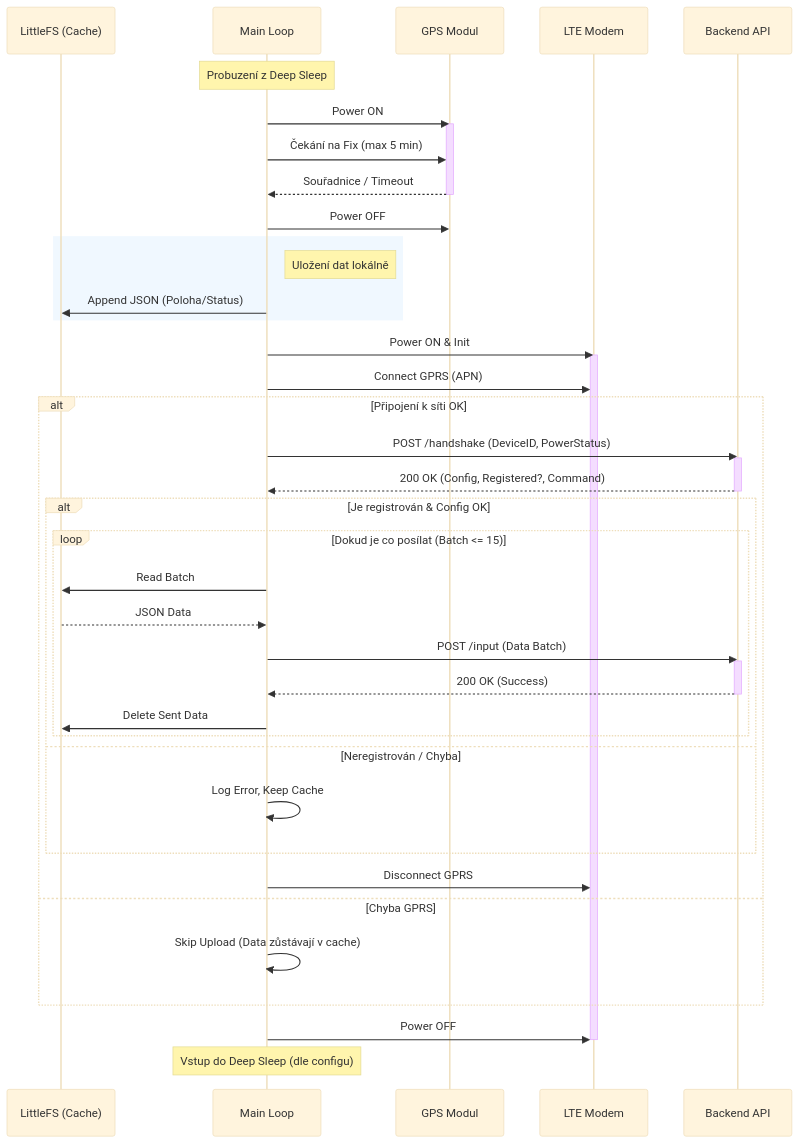
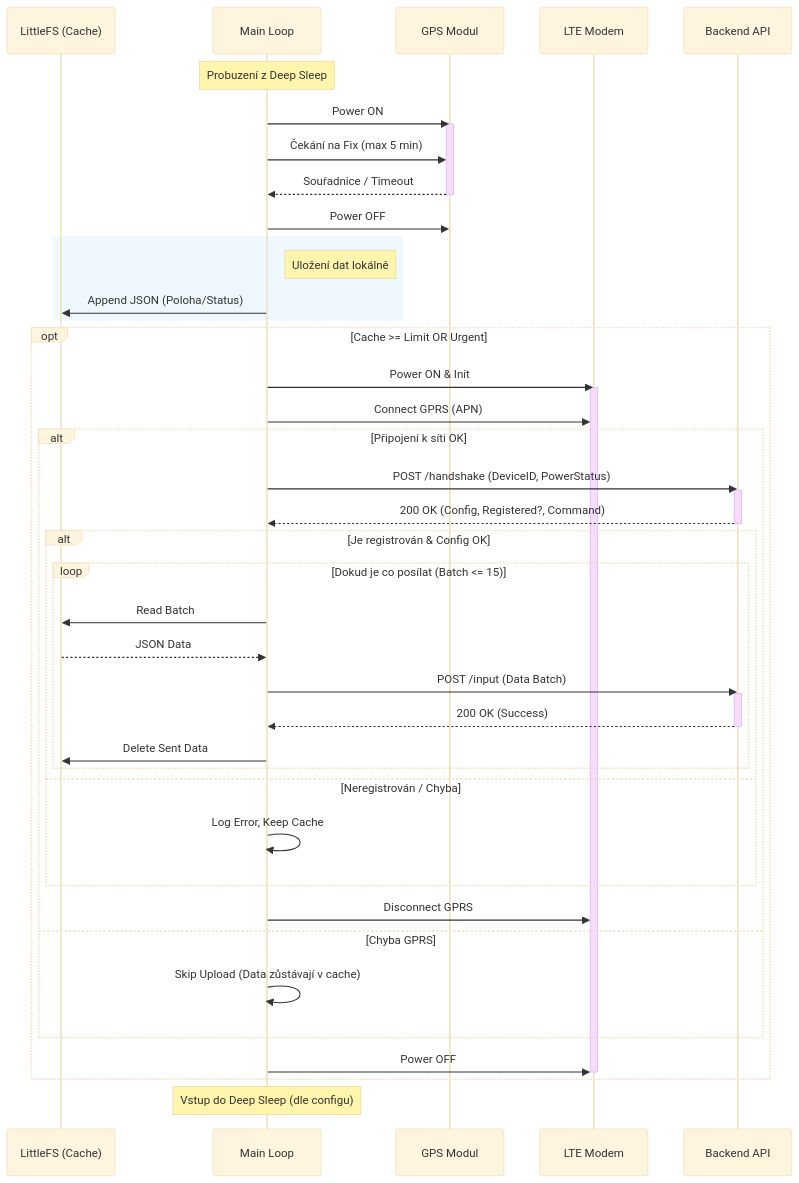
One commit to Balner123/GPS_server_NodeJS changed the diagram in docs&LaTex/docs_hw/schemas/life_cycle_sequence_dia.md. Above: the diagram before and after it, drawn with Mermaid (base theme). The commit also changed 75 other files, not shown here.

````diff
--- a/docs&LaTex/docs_hw/schemas/life_cycle_sequence_dia.md
+++ b/docs&LaTex/docs_hw/schemas/life_cycle_sequence_dia.md
@@ -3,59 +3,61 @@
 ```mermaid
 sequenceDiagram
     participant Cache as LittleFS (Cache)
     participant App as Main Loop
     participant GPS as GPS Modul
     participant Modem as LTE Modem
     participant Server as Backend API
 
     Note over App: Probuzení z Deep Sleep
 
     %% 1. GPS Fáze
     App->>GPS: Power ON
     activate GPS
     App->>GPS: Čekání na Fix (max 5 min)
     GPS-->>App: Souřadnice / Timeout
     deactivate GPS
     App->>GPS: Power OFF
     
     rect rgb(240, 248, 255)
         Note right of App: Uložení dat lokálně
         App->>Cache: Append JSON (Poloha/Status)
     end
 
     %% 2. Modem Fáze
-    App->>Modem: Power ON & Init
+    opt Cache >= Limit OR Urgent
+        App->>Modem: Power ON & Init
     activate Modem
     App->>Modem: Connect GPRS (APN)
     
     alt Připojení k síti OK
         %% Handshake
         App->>Server: POST /handshake (DeviceID, PowerStatus)
         activate Server
         Server-->>App: 200 OK (Config, Registered?, Command)
         deactivate Server
 
         alt Je registrován & Config OK
             loop Dokud je co posílat (Batch <= 15)
                 App->>Cache: Read Batch
                 Cache-->>App: JSON Data
                 App->>Server: POST /input (Data Batch)
                 activate Server
                 Server-->>App: 200 OK (Success)
                 deactivate Server
                 App->>Cache: Delete Sent Data
             end
         else Neregistrován / Chyba
             App->>App: Log Error, Keep Cache
         end
         
         App->>Modem: Disconnect GPRS
     else Chyba GPRS
         App->>App: Skip Upload (Data zůstávají v cache)
     end
 
-    App->>Modem: Power OFF
-    deactivate Modem
+        App->>Modem: Power OFF
+        deactivate Modem
+    end
 
     Note over App: Vstup do Deep Sleep (dle configu)
 ```
````
